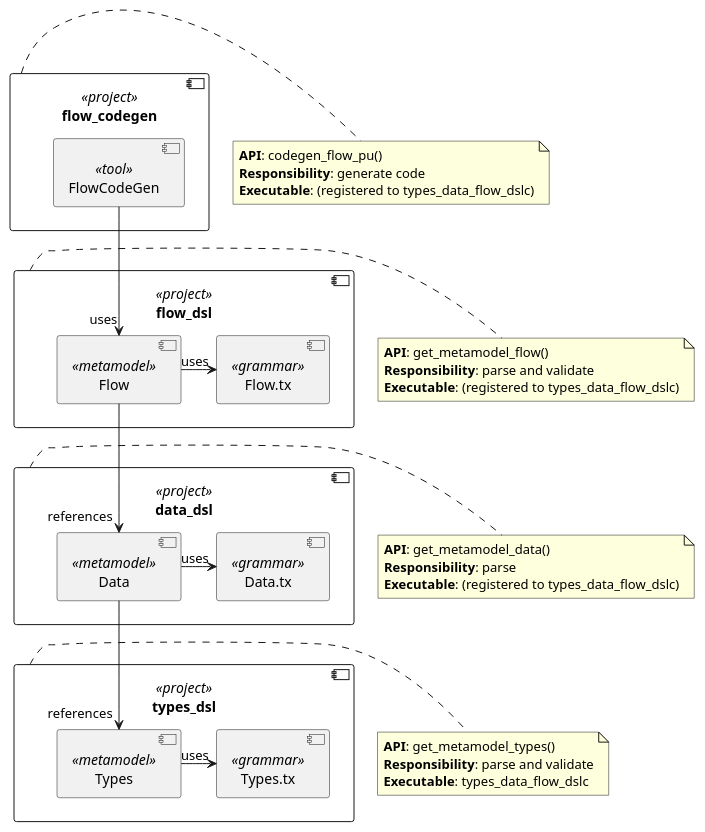
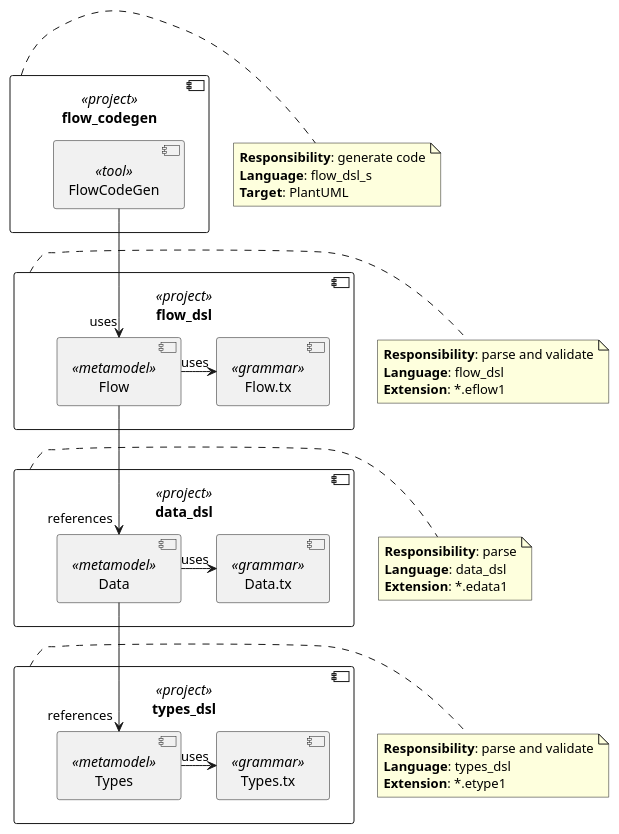
Before and after one commit to textX/textx-multi-metamodel-example: the diagram in images/types_data_flow_01.pu, drawn with PlantUML. The commit also changed 10 other files, not shown here.

```diff
--- a/images/types_data_flow_01.pu
+++ b/images/types_data_flow_01.pu
@@ -1,56 +1,56 @@
 @startuml
 
 component types_dsl <<project>> {
 	component Types <<metamodel>> as Types
 	component Types.tx <<grammar>> as TypesG
 }
 note as TypesNote
-**API**: get_metamodel_types()
 **Responsibility**: parse and validate
-**Executable**: types_data_flow_dslc
+**Language**: types_dsl
+**Extension**: *.etype1
 end note
 
 component data_dsl <<project>> {
 	component Data <<metamodel>> as Data
 	component Data.tx <<grammar>> as DataG
 }
 note as DataNote
-**API**: get_metamodel_data()
 **Responsibility**: parse
-**Executable**: (registered to types_data_flow_dslc)
+**Language**: data_dsl
+**Extension**: *.edata1
 end note
 
 component flow_dsl <<project>> {
 	component Flow <<metamodel>> as Flow
 	component Flow.tx <<grammar>> as FlowG
 }
 note as FlowNote
-**API**: get_metamodel_flow()
 **Responsibility**: parse and validate
-**Executable**: (registered to types_data_flow_dslc)
+**Language**: flow_dsl
+**Extension**: *.eflow1
 end note
 
 component flow_codegen <<project>> {
 	component FlowCodeGen <<tool>> as FlowCodeGen
 }
 note as FlowCodeGenNote
-**API**: codegen_flow_pu()
 **Responsibility**: generate code
-**Executable**: (registered to types_data_flow_dslc)
+**Language**: flow_dsl_s
+**Target**: PlantUML
 end note
 
 
 types_dsl . TypesNote
 data_dsl . DataNote
 flow_dsl . FlowNote
 flow_codegen . FlowCodeGenNote
 
 Data --> "references" Types
 Flow --> "references" Data
 
 Types -> "uses" TypesG
 Data -> "uses" DataG
 Flow -> "uses" FlowG
 FlowCodeGen --> "uses" Flow
 
 @enduml
```
